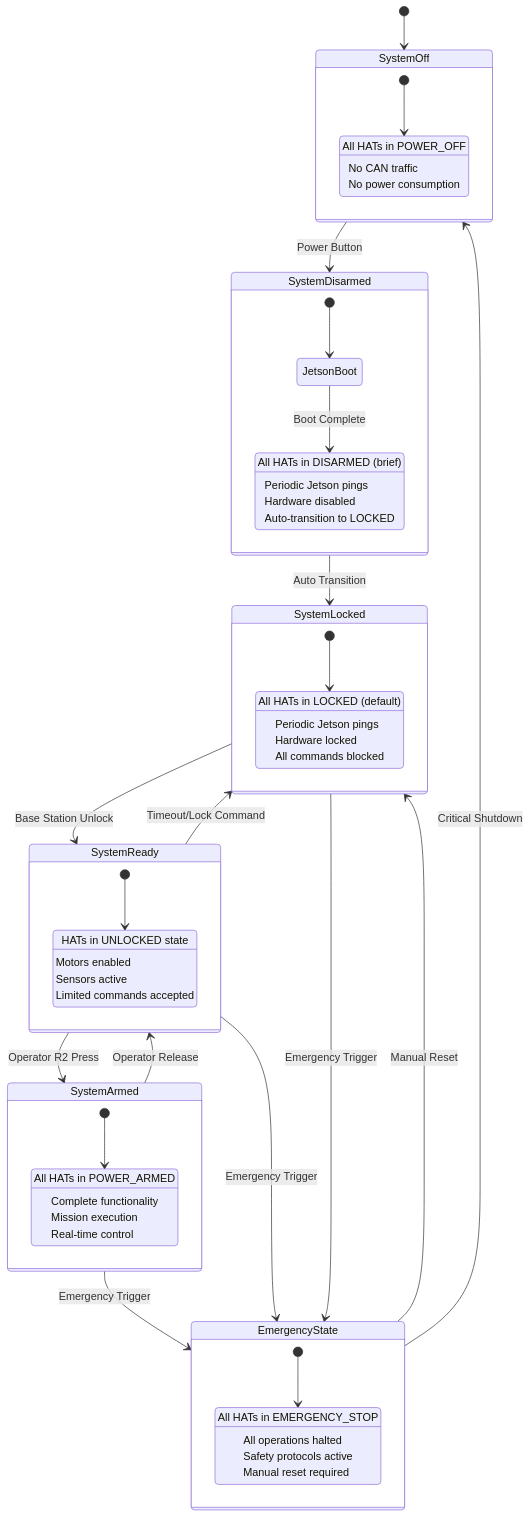
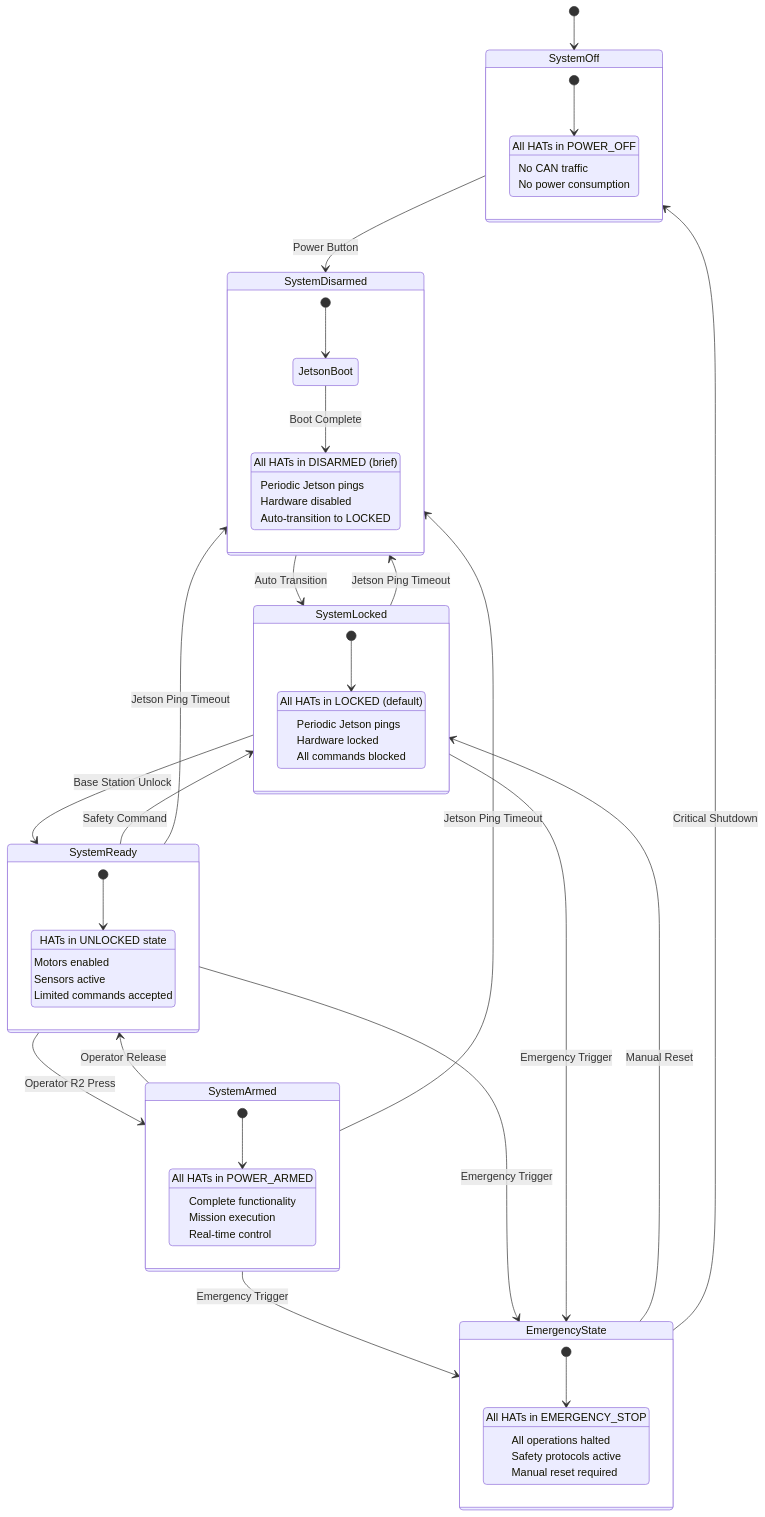
Before and after one commit to AryanRai/SIRI-Elec: the fifth of 8 diagrams in architecture.md, drawn with Mermaid. The commit also changed 3 other files, not shown here.

````diff
--- a/architecture.md
+++ b/architecture.md
@@ -272,69 +272,72 @@
 ```mermaid
 stateDiagram-v2
     [*] --> SystemOff
     
     state SystemOff {
         [*] --> AllHATsOff
         AllHATsOff : All HATs in POWER_OFF
         AllHATsOff : No CAN traffic
         AllHATsOff : No power consumption
     }
     
     SystemOff --> SystemDisarmed : Power Button
     
     state SystemDisarmed {
         [*] --> JetsonBoot
         JetsonBoot --> HATsDisarmed : Boot Complete
         HATsDisarmed : All HATs in DISARMED (brief)
         HATsDisarmed : Periodic Jetson pings
         HATsDisarmed : Hardware disabled
         HATsDisarmed : Auto-transition to LOCKED
     }
     
     SystemDisarmed --> SystemLocked : Auto Transition
     
     state SystemLocked {
         [*] --> HATsLocked
         HATsLocked : All HATs in LOCKED (default)
         HATsLocked : Periodic Jetson pings
         HATsLocked : Hardware locked
         HATsLocked : All commands blocked
     }
     
     SystemLocked --> SystemReady : Base Station Unlock
     
     state SystemReady {
         [*] --> HATsUnlocked
         HATsUnlocked : HATs in UNLOCKED state
         HATsUnlocked : Motors enabled
         HATsUnlocked : Sensors active
         HATsUnlocked : Limited commands accepted
     }
     
     SystemReady --> SystemArmed : Operator R2 Press
     
     state SystemArmed {
         [*] --> FullyOperational
         FullyOperational : All HATs in POWER_ARMED
         FullyOperational : Complete functionality
         FullyOperational : Mission execution
         FullyOperational : Real-time control
     }
     
     SystemArmed --> SystemReady : Operator Release
-    SystemReady --> SystemLocked : Timeout/Lock Command
+    SystemReady --> SystemLocked : Safety Command
+    SystemReady --> SystemDisarmed : Jetson Ping Timeout
+    SystemArmed --> SystemDisarmed : Jetson Ping Timeout
+    SystemLocked --> SystemDisarmed : Jetson Ping Timeout
     SystemArmed --> EmergencyState : Emergency Trigger
     SystemReady --> EmergencyState : Emergency Trigger
     SystemLocked --> EmergencyState : Emergency Trigger
     
     state EmergencyState {
         [*] --> AllHATsEmergency
         AllHATsEmergency : All HATs in EMERGENCY_STOP
         AllHATsEmergency : All operations halted
         AllHATsEmergency : Safety protocols active
         AllHATsEmergency : Manual reset required
     }
     
     EmergencyState --> SystemLocked : Manual Reset
     EmergencyState --> SystemOff : Critical Shutdown
 ```
````
